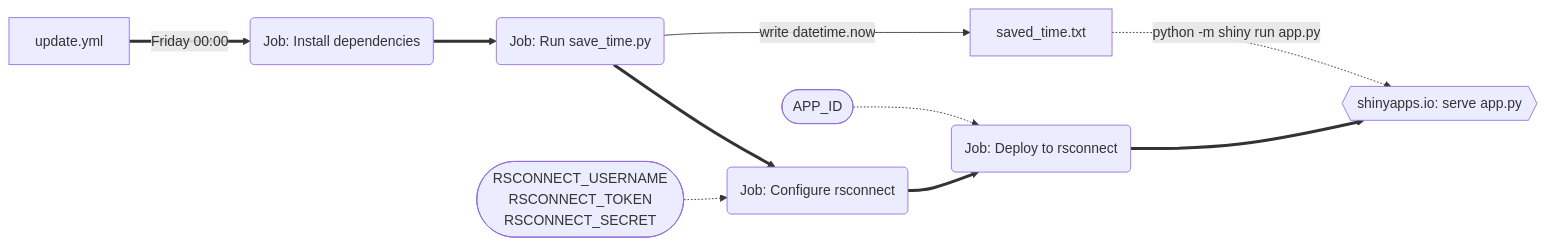
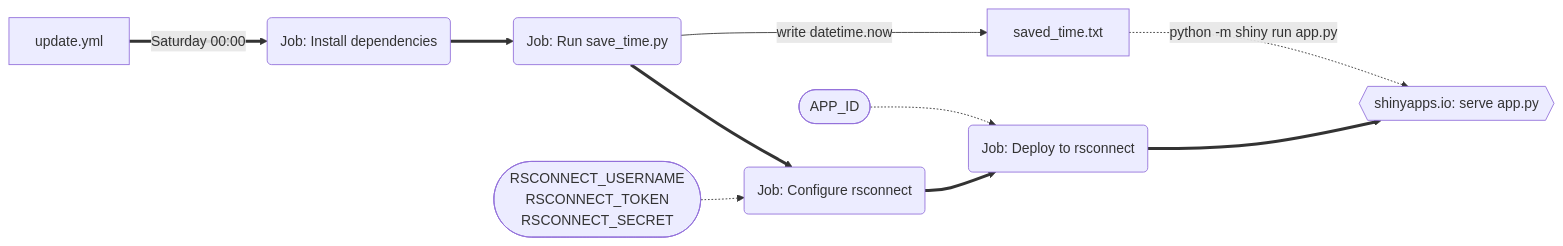
Before and after one commit to r-leyshon/automate-shinyapps-deploy: the diagram in README.md, drawn with Mermaid.

Commit message:
Update README.md
Friday -> Saturday

````diff
--- a/README.md
+++ b/README.md
@@ -10,12 +10,12 @@
 ```mermaid
 flowchart LR
-    A[update.yml] ==>|Friday 00:00| B(Job: Install dependencies)
+    A[update.yml] ==>|Saturday 00:00| B(Job: Install dependencies)
     B ==> C(Job: Run save_time.py)
     C -->|write datetime.now| D[saved_time.txt]
     C ==> E(Job: Configure rsconnect)
     H([RSCONNECT_USERNAME\nRSCONNECT_TOKEN\nRSCONNECT_SECRET]) -.-> E
     E ==> F(Job: Deploy to rsconnect)
     K([APP_ID]) -.-> F
     F ==> G{{shinyapps.io: serve app.py}}
     D -.->|python -m shiny run app.py| G    
 ```
````
